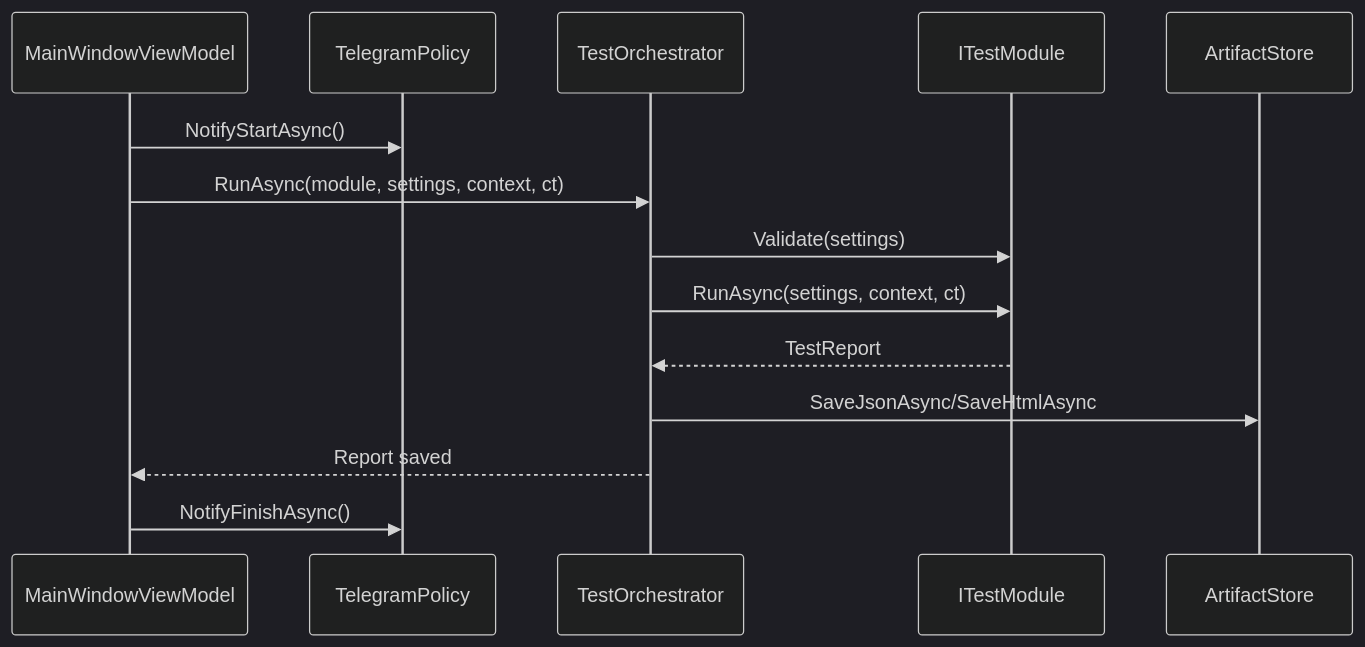
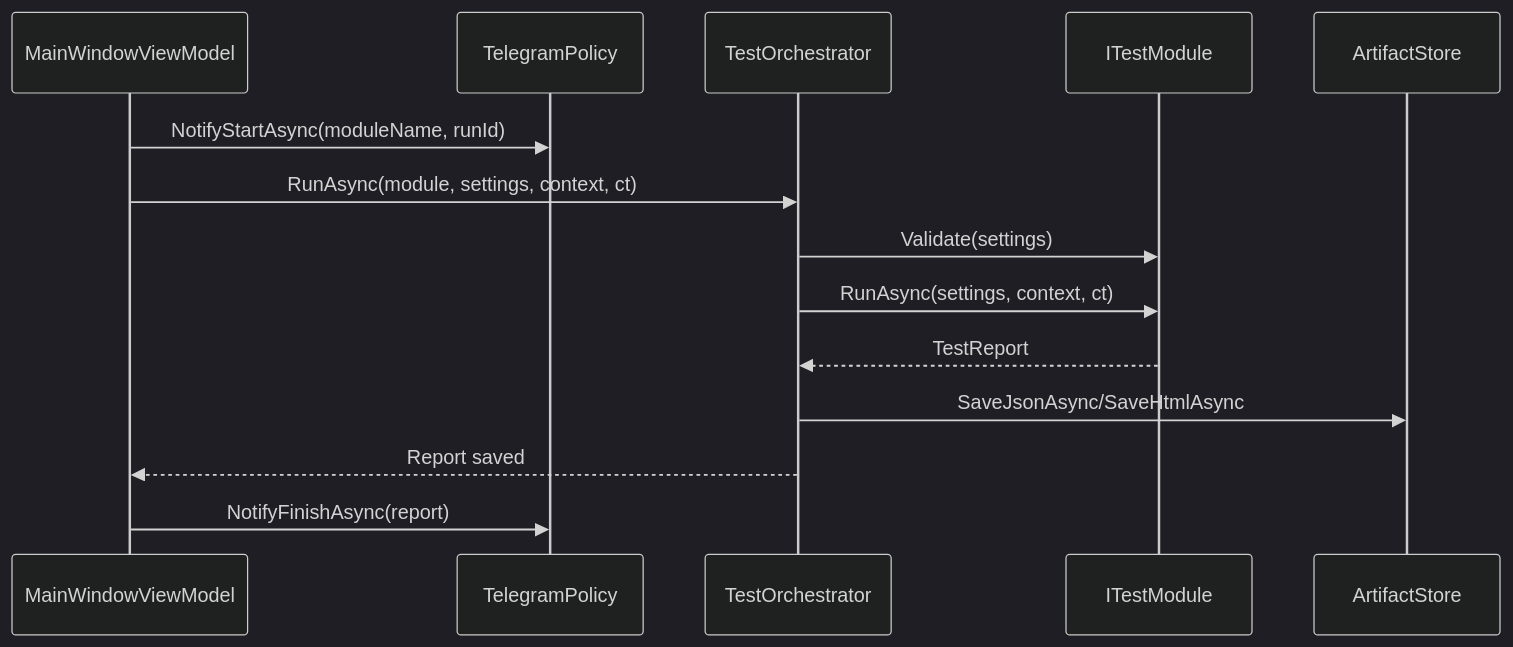
Before and after one commit to xzTiTan/WebLoadTester: the first of 2 diagrams in README.md, drawn with Mermaid (dark theme). The commit also changed other lines of this file and 60 other files, not shown here.

````diff
--- a/README.md
+++ b/README.md
@@ -263,16 +265,16 @@
 ```mermaid
 sequenceDiagram
     participant UI as MainWindowViewModel
     participant TP as TelegramPolicy
     participant OR as TestOrchestrator
     participant MOD as ITestModule
     participant AR as ArtifactStore
-    UI->>TP: NotifyStartAsync()
+    UI->>TP: NotifyStartAsync(moduleName, runId)
     UI->>OR: RunAsync(module, settings, context, ct)
     OR->>MOD: Validate(settings)
     OR->>MOD: RunAsync(settings, context, ct)
     MOD-->>OR: TestReport
     OR->>AR: SaveJsonAsync/SaveHtmlAsync
     OR-->>UI: Report saved
-    UI->>TP: NotifyFinishAsync()
+    UI->>TP: NotifyFinishAsync(report)
 ```
````
